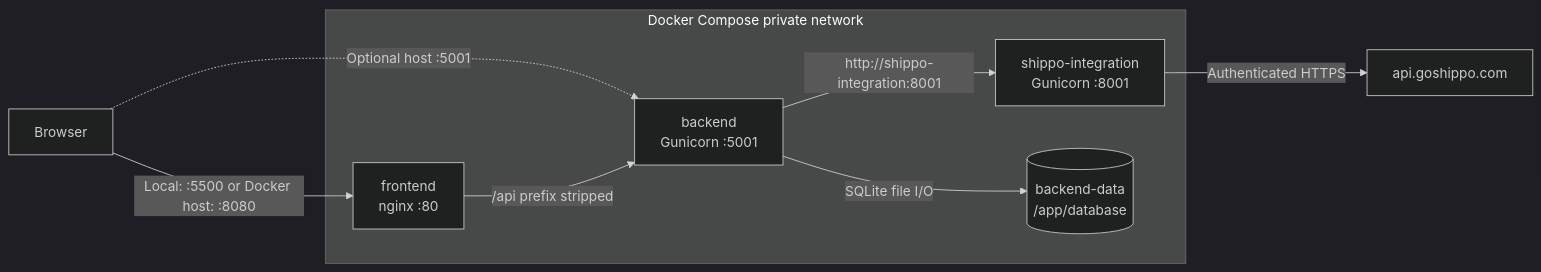
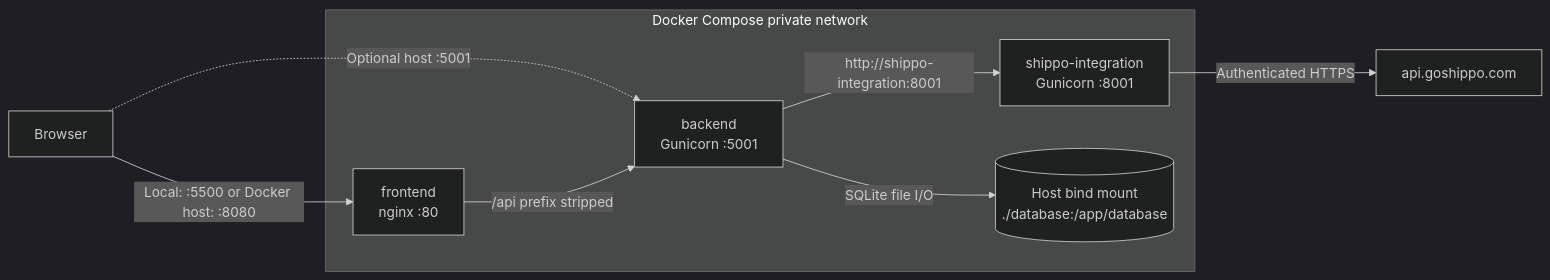
The second of 13 diagrams in OVERALL_ARCHITECTURE.md (Guiga1993/SoftwareArchitecture_API_External), drawn with Mermaid (dark theme) before and after one commit. The commit also changed other lines of this file and 3 other files, not shown here.

````diff
--- a/OVERALL_ARCHITECTURE.md
+++ b/OVERALL_ARCHITECTURE.md
@@ -103,20 +103,20 @@
 ```mermaid
 flowchart LR
   Browser[Browser]
 
   subgraph Compose[Docker Compose private network]
     Frontend[frontend<br/>nginx :80]
     Backend[backend<br/>Gunicorn :5001]
     Integration[shippo-integration<br/>Gunicorn :8001]
-    Volume[(backend-data<br/>/app/database)]
+    Database[(Host bind mount<br/>./database:/app/database)]
   end
 
   Shippo[api.goshippo.com]
 
   Browser -->|Local: :5500 or Docker host: :8080| Frontend
   Browser -.->|Optional host :5001| Backend
   Frontend -->|/api prefix stripped| Backend
   Backend -->|http://shippo-integration:8001| Integration
-  Backend -->|SQLite file I/O| Volume
+  Backend -->|SQLite file I/O| Database
   Integration -->|Authenticated HTTPS| Shippo
 ```
````
